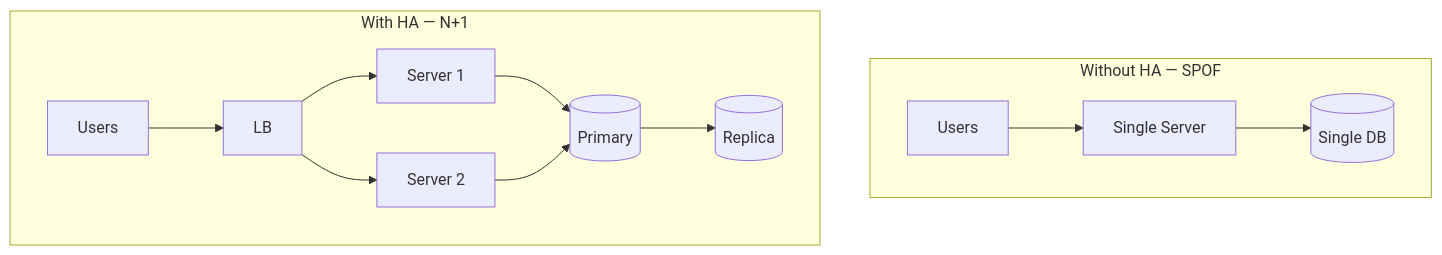
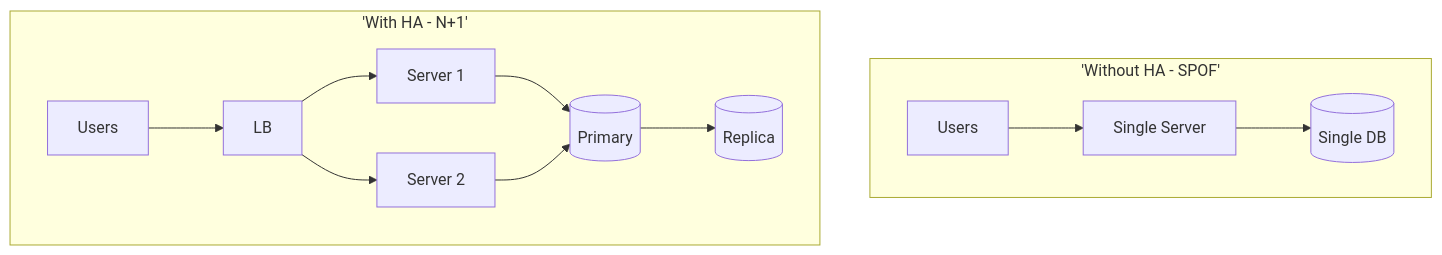
One commit to hareramcse/SystemDesign changed the fifth of 21 diagrams in 12-reliability-engineering/README.md. Above: the diagram before and after it, drawn with Mermaid. The commit also changed other lines of this file and 14 other files, not shown here.

````diff
--- a/12-reliability-engineering/README.md
+++ b/12-reliability-engineering/README.md
@@ -183,14 +183,14 @@
 ```mermaid
 flowchart TB
-    subgraph WithoutHA["Without HA — SPOF"]
+    subgraph WithoutHA['Without HA - SPOF']
         U1[Users] --> S1[Single Server]
         S1 --> DB1[(Single DB)]
     end
-    subgraph WithHA["With HA — N+1"]
+    subgraph WithHA['With HA - N+1']
         U2[Users] --> LB2[LB]
         LB2 --> S2a[Server 1]
         LB2 --> S2b[Server 2]
         S2a & S2b --> DBP2[(Primary)]
         DBP2 --> DBR2[(Replica)]
     end
 ```
````
